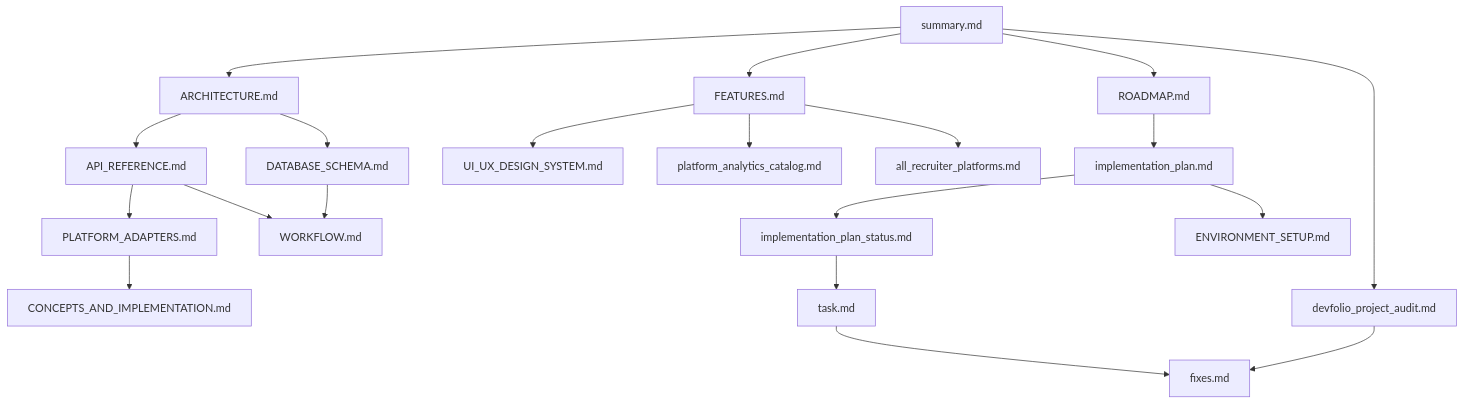
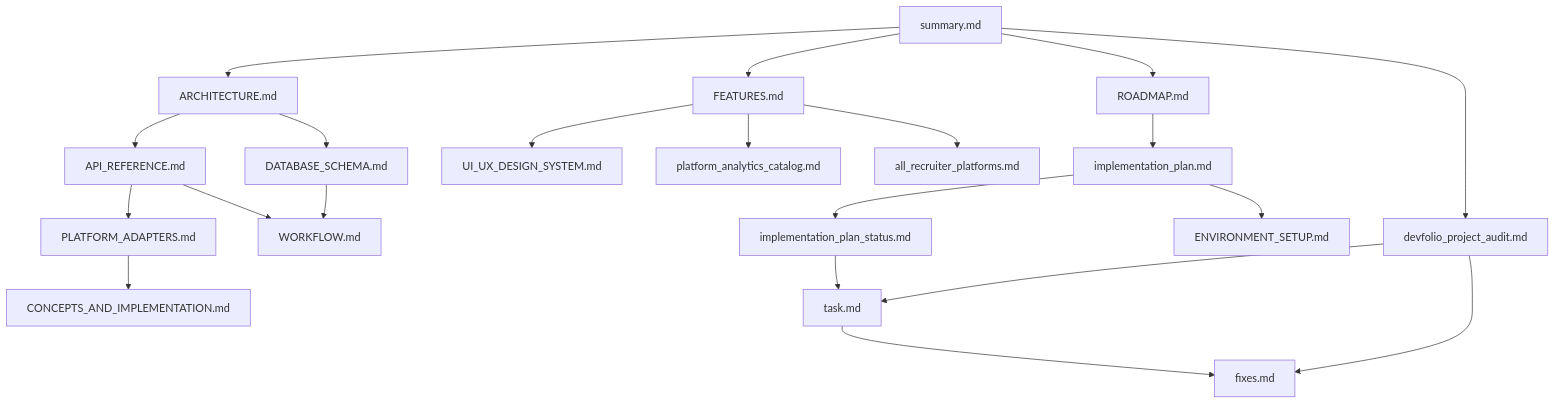
Before and after one commit to SubhashKumar14/DevFolio-App: the diagram in documentation/README.md, drawn with Mermaid. The commit also changed other lines of this file and 69 other files, not shown here.

````diff
--- a/documentation/README.md
+++ b/documentation/README.md
@@ -75,22 +83,23 @@
 ```mermaid
 flowchart TD
 	A[summary.md] --> B[ARCHITECTURE.md]
 	A --> C[FEATURES.md]
 	B --> D[API_REFERENCE.md]
 	B --> E[DATABASE_SCHEMA.md]
 	C --> F[UI_UX_DESIGN_SYSTEM.md]
 	C --> G[platform_analytics_catalog.md]
 	D --> H[PLATFORM_ADAPTERS.md]
 	D --> I[WORKFLOW.md]
 	E --> I
 	H --> J[CONCEPTS_AND_IMPLEMENTATION.md]
 	A --> K[ROADMAP.md]
 	K --> L[implementation_plan.md]
 	L --> M[implementation_plan_status.md]
 	M --> N[task.md]
 	N --> O[fixes.md]
 	A --> P[devfolio_project_audit.md]
+	P --> N
 	P --> O
 	L --> Q[ENVIRONMENT_SETUP.md]
 	C --> R[all_recruiter_platforms.md]
 ```
````
